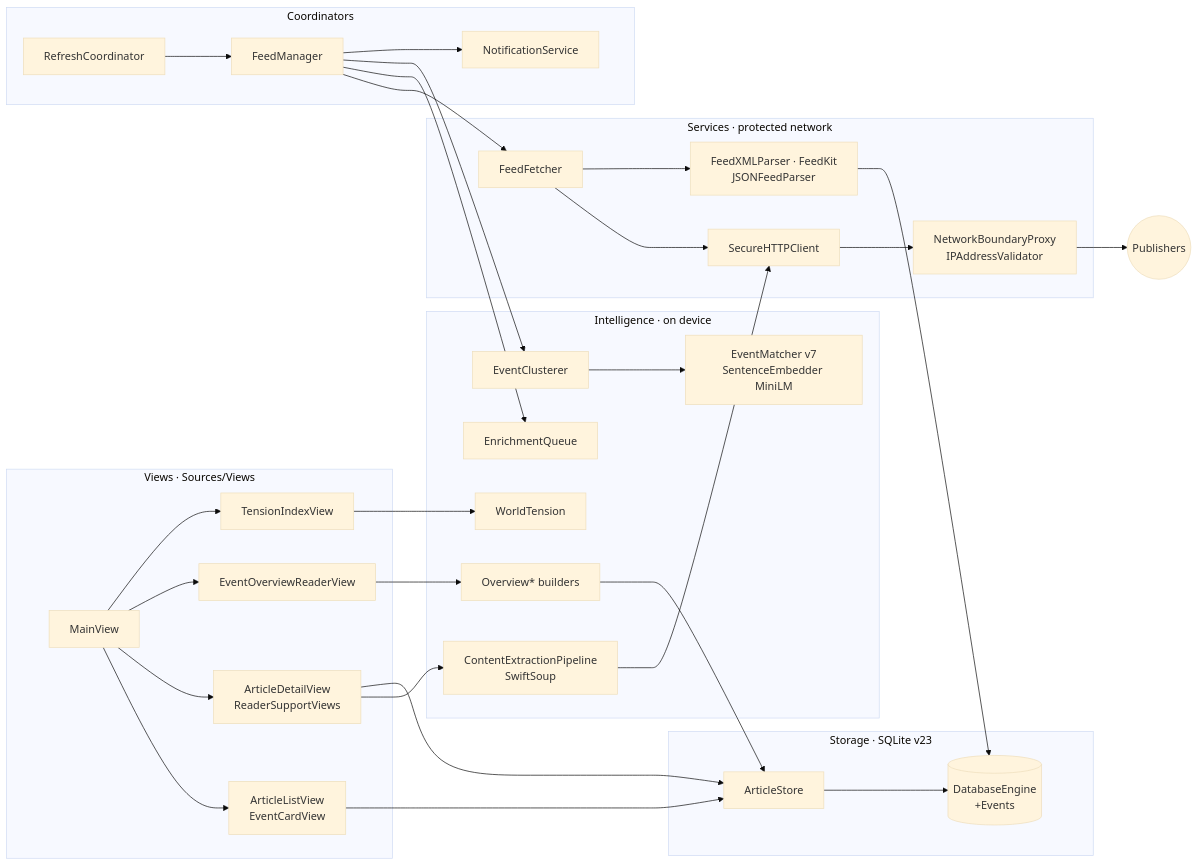
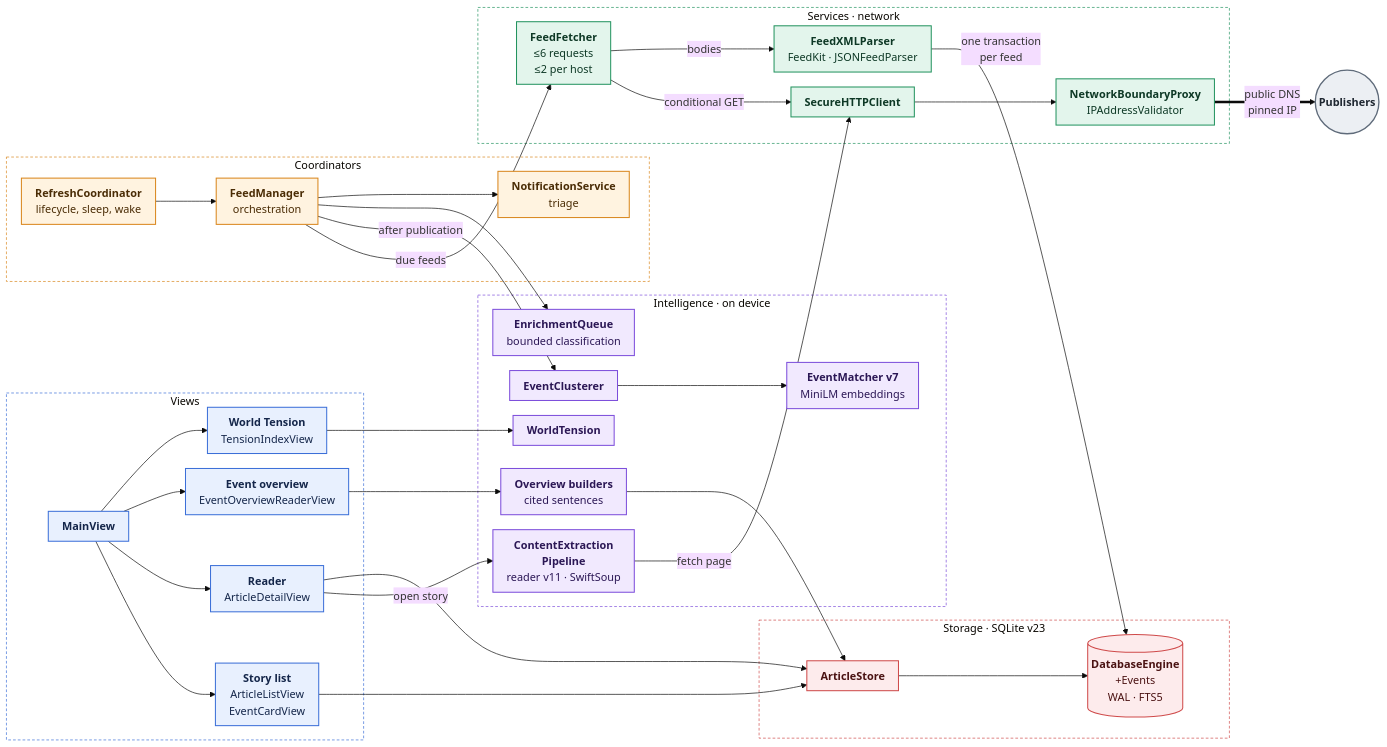
The first of 5 diagrams in docs/ARCHITECTURE.md (marspater/NewsApp-macOS), drawn with Mermaid (base theme) before and after one commit. The commit also changed other lines of this file and 5 other files, not shown here.

````diff
--- a/docs/ARCHITECTURE.md
+++ b/docs/ARCHITECTURE.md
@@ -20,40 +22,77 @@
 ```mermaid
+%%{init: {"flowchart": {"curve": "basis", "nodeSpacing": 22, "rankSpacing": 44, "padding": 10}}}%%
 flowchart LR
-    subgraph UI["Views · Sources/Views"]
-        Main[MainView] --> List[ArticleListView<br/>EventCardView]
-        Main --> Reader[ArticleDetailView<br/>ReaderSupportViews]
-        Main --> Overview[EventOverviewReaderView]
-        Main --> Tension[TensionIndexView]
+    subgraph Coord["Coordinators"]
+        RC["<b>RefreshCoordinator</b><br/>lifecycle, sleep, wake"]
+        FM["<b>FeedManager</b><br/>orchestration"]
+        NS["<b>NotificationService</b><br/>triage"]
     end
-    subgraph Coord["Coordinators"]
-        FM[FeedManager]
-        RC[RefreshCoordinator]
-        NS[NotificationService]
+
+    subgraph UI["Views"]
+        Main["<b>MainView</b>"]
+        List["<b>Story list</b><br/>ArticleListView<br/>EventCardView"]
+        Reader["<b>Reader</b><br/>ArticleDetailView"]
+        Overview["<b>Event overview</b><br/>EventOverviewReaderView"]
+        Tension["<b>World Tension</b><br/>TensionIndexView"]
     end
-    subgraph Svc["Services · protected network"]
-        FF[FeedFetcher]
-        HTTP[SecureHTTPClient]
-        GW[NetworkBoundaryProxy<br/>IPAddressValidator]
-        Parse[FeedXMLParser · FeedKit<br/>JSONFeedParser]
+
+    subgraph Intel["Intelligence · on device"]
+        EQ["<b>EnrichmentQueue</b><br/>bounded classification"]
+        EC["<b>EventClusterer</b>"]
+        EM["<b>EventMatcher v7</b><br/>MiniLM embeddings"]
+        CEP["<b>ContentExtraction<br/>Pipeline</b><br/>reader v11 · SwiftSoup"]
+        OV["<b>Overview builders</b><br/>cited sentences"]
+        WT["<b>WorldTension</b>"]
     end
-    subgraph Intel["Intelligence · on device"]
-        EQ[EnrichmentQueue]
-        CEP[ContentExtractionPipeline<br/>SwiftSoup]
-        EM[EventMatcher v7<br/>SentenceEmbedder MiniLM]
-        EC[EventClusterer]
-        OV[Overview* builders]
-        WT[WorldTension]
+
+    subgraph Svc["Services · network"]
+        FF["<b>FeedFetcher</b><br/>≤6 requests<br/>≤2 per host"]
+        Parse["<b>FeedXMLParser</b><br/>FeedKit · JSONFeedParser"]
+        HTTP["<b>SecureHTTPClient</b>"]
+        GW["<b>NetworkBoundaryProxy</b><br/>IPAddressValidator"]
     end
+
     subgraph Store["Storage · SQLite v23"]
-        AS[ArticleStore]
-        DB[(DatabaseEngine<br/>+Events)]
+        AS["<b>ArticleStore</b>"]
+        DB[("<b>DatabaseEngine</b><br/>+Events<br/>WAL · FTS5")]
     end
-    RC --> FM --> FF --> HTTP --> GW --> Net((Publishers))
-    FF --> Parse --> DB
-    FM --> EQ & EC & NS
+
+    Net(("<b>Publishers</b>"))
+
+    RC --> FM
+    FM -->|due feeds| FF
+    FM -->|after publication| EC
+    FM --> EQ & NS
     EC --> EM
-    Reader --> CEP --> HTTP
-    Overview --> OV --> AS
-    List & Reader --> AS --> DB
+    FF -->|conditional GET| HTTP
+    FF -->|bodies| Parse
+    Parse -->|one transaction<br/>per feed| DB
+    Main --> List & Reader & Overview & Tension
+    Reader -->|open story| CEP
+    CEP -->|fetch page| HTTP
+    HTTP --> GW
+    GW ==>|public DNS<br/>pinned IP| Net
+    Overview --> OV
+    OV --> AS
+    List & Reader --> AS
+    AS --> DB
     Tension --> WT
+
+    classDef ui fill:#E8F0FE,stroke:#3B6FD8,stroke-width:1.5px,color:#14264A
+    classDef coord fill:#FFF3E0,stroke:#D9861C,stroke-width:1.5px,color:#4A2C05
+    classDef intel fill:#F1E9FE,stroke:#7C4DDB,stroke-width:1.5px,color:#2B1755
+    classDef svc fill:#E3F5EC,stroke:#23935F,stroke-width:1.5px,color:#0D3825
+    classDef store fill:#FDEBEC,stroke:#CF4A4A,stroke-width:1.5px,color:#4A1212
+    classDef ext fill:#ECEFF3,stroke:#5F6B7A,stroke-width:2px,color:#1E2630
+    class Main,List,Reader,Overview,Tension ui
+    class RC,FM,NS coord
+    class CEP,EQ,EC,EM,OV,WT intel
+    class FF,Parse,HTTP,GW svc
+    class AS,DB store
+    class Net ext
+    style UI fill:none,stroke:#3B6FD8,stroke-dasharray:4 3
+    style Coord fill:none,stroke:#D9861C,stroke-dasharray:4 3
+    style Intel fill:none,stroke:#7C4DDB,stroke-dasharray:4 3
+    style Svc fill:none,stroke:#23935F,stroke-dasharray:4 3
+    style Store fill:none,stroke:#CF4A4A,stroke-dasharray:4 3
 ```
````
